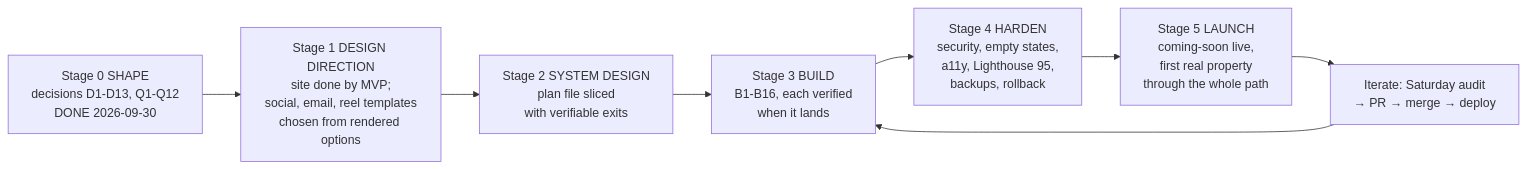
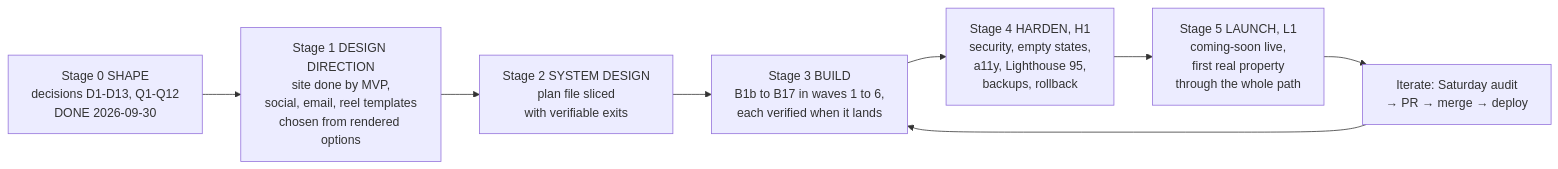
One commit to AbdulrahmanAmer/matter-of-place changed the first of 3 diagrams in workspace/03-diagrams/completion-map.md. Above: the diagram before and after it, drawn with Mermaid. The commit also changed other lines of this file and 104 other files, not shown here.

First line of the commit message:
Traceability audit rounds 5 and 6; diagrams brought in line with the plans; rulings G58 to G65

````diff
--- a/workspace/03-diagrams/completion-map.md
+++ b/workspace/03-diagrams/completion-map.md
@@ -9,10 +9,10 @@
 ```mermaid
 flowchart LR
-  S0[Stage 0 SHAPE<br/>decisions D1-D13, Q1-Q12<br/>DONE 2026-09-30] --> S1[Stage 1 DESIGN DIRECTION<br/>site done by MVP;<br/>social, email, reel templates<br/>chosen from rendered options]
+  S0[Stage 0 SHAPE<br/>decisions D1-D13, Q1-Q12<br/>DONE 2026-09-30] --> S1[Stage 1 DESIGN DIRECTION<br/>site done by MVP,<br/>social, email, reel templates<br/>chosen from rendered options]
   S1 --> S2[Stage 2 SYSTEM DESIGN<br/>plan file sliced<br/>with verifiable exits]
-  S2 --> S3[Stage 3 BUILD<br/>B1-B16, each verified<br/>when it lands]
-  S3 --> S4[Stage 4 HARDEN<br/>security, empty states,<br/>a11y, Lighthouse 95,<br/>backups, rollback]
-  S4 --> S5[Stage 5 LAUNCH<br/>coming-soon live,<br/>first real property<br/>through the whole path]
+  S2 --> S3[Stage 3 BUILD<br/>B1b to B17 in waves 1 to 6,<br/>each verified when it lands]
+  S3 --> S4[Stage 4 HARDEN, H1<br/>security, empty states,<br/>a11y, Lighthouse 95,<br/>backups, rollback]
+  S4 --> S5[Stage 5 LAUNCH, L1<br/>coming-soon live,<br/>first real property<br/>through the whole path]
   S5 --> LOOP[Iterate: Saturday audit<br/>→ PR → merge → deploy]
   LOOP --> S3
 ```
````
